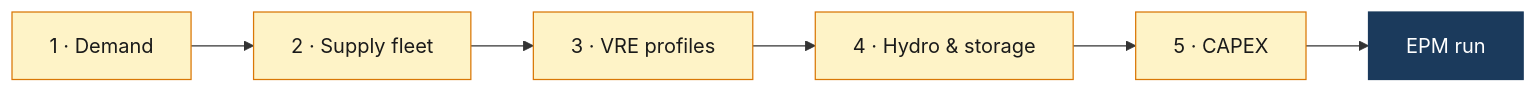
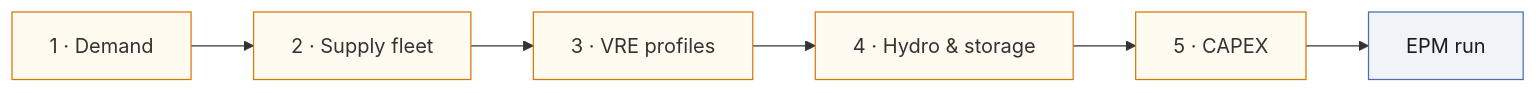
The second of 2 diagrams in docs/preprocessing/pre_overview.md (ESMAP-World-Bank-Group/EPM), drawn with Mermaid before and after one commit. The commit also changed other lines of this file, not shown here.

First line of the commit message:
docs: fix diagram visuals and improve data preparation layout

````diff
--- a/docs/preprocessing/pre_overview.md
+++ b/docs/preprocessing/pre_overview.md
@@ -166,16 +157,15 @@
 ```mermaid
 flowchart LR
     D["1 · Demand"]
     S["2 · Supply fleet"]
     V["3 · VRE profiles"]
     H["4 · Hydro & storage"]
     C["5 · CAPEX"]
     R["EPM run"]
 
     D --> S --> V --> H --> C --> R
 
-    classDef step fill:#FEF3C7,stroke:#D97706,color:#1a1a1a
-    classDef epm fill:#1b3a5c,color:#fff,stroke:#1b3a5c
-    class D,S,V,H,C step
-    class R epm
+    classDef default fill:#FFFBF0,stroke:#D97706,color:#333333
+    classDef run fill:#F0F4F8,stroke:#4A6FA5,color:#1a1a1a
+    class R run
 ```
````
